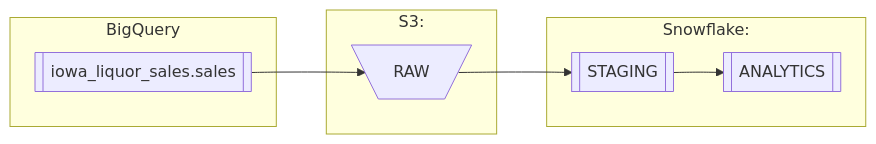
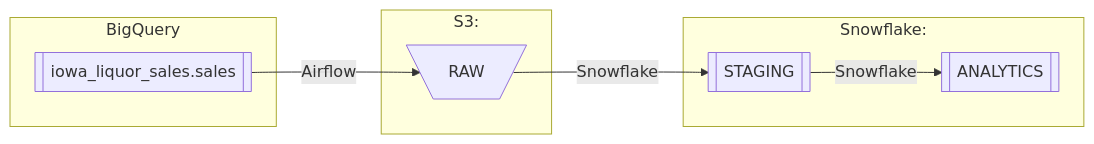
Before and after one commit to fernandeznico/yalo_challenge: the first of 3 diagrams in README.md, drawn with Mermaid. The commit also changed other lines of this file, not shown here.

Commit message:
README | add alternative ingest in sales data lineage

````diff
--- a/README.md
+++ b/README.md
@@ -6,16 +9,16 @@
 ```mermaid
 flowchart LR;
     subgraph BigQuery
         sales[[iowa_liquor_sales.sales]]
     end
     subgraph S3:
         RAW[\RAW/]
     end
     subgraph Snowflake:
         STAGING[[STAGING]]
         ANALYTICS[[ANALYTICS]]
     end
-    sales --> RAW
-    RAW --> STAGING
-    STAGING --> ANALYTICS
+    sales --Airflow--> RAW
+    RAW --Snowflake--> STAGING
+    STAGING --Snowflake--> ANALYTICS
 ```
````
